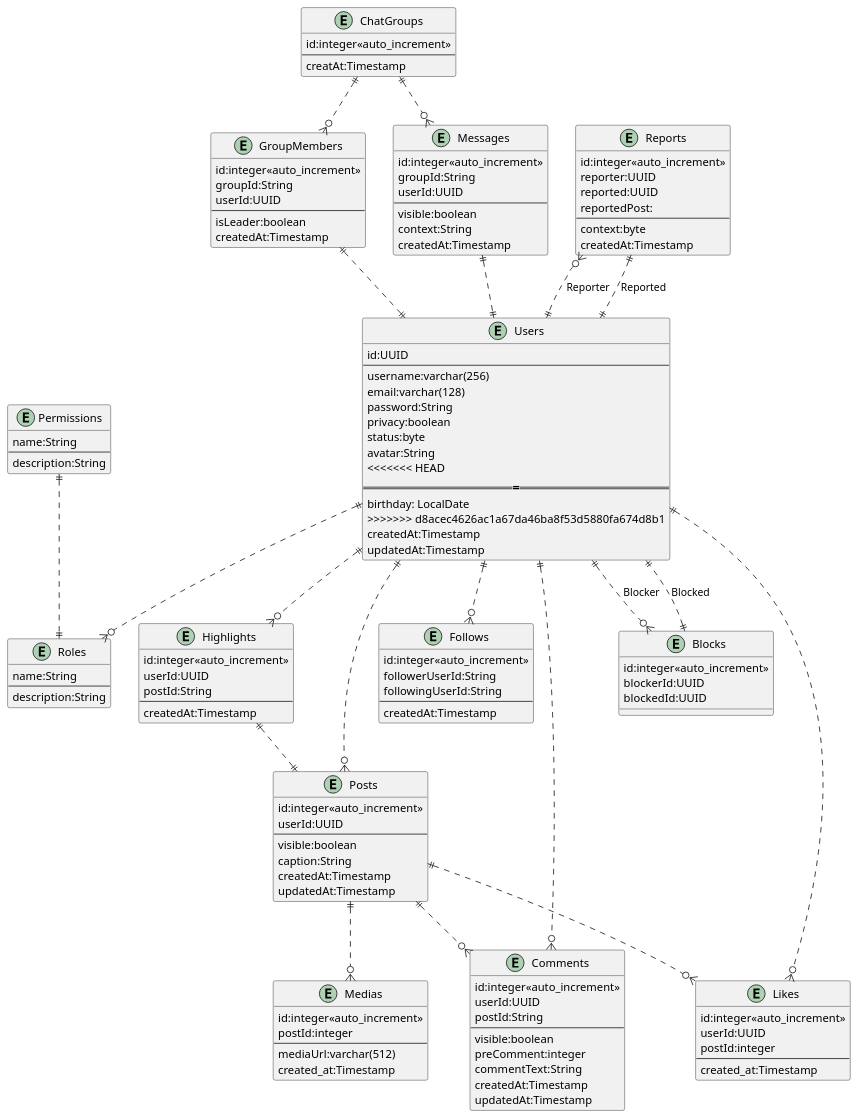
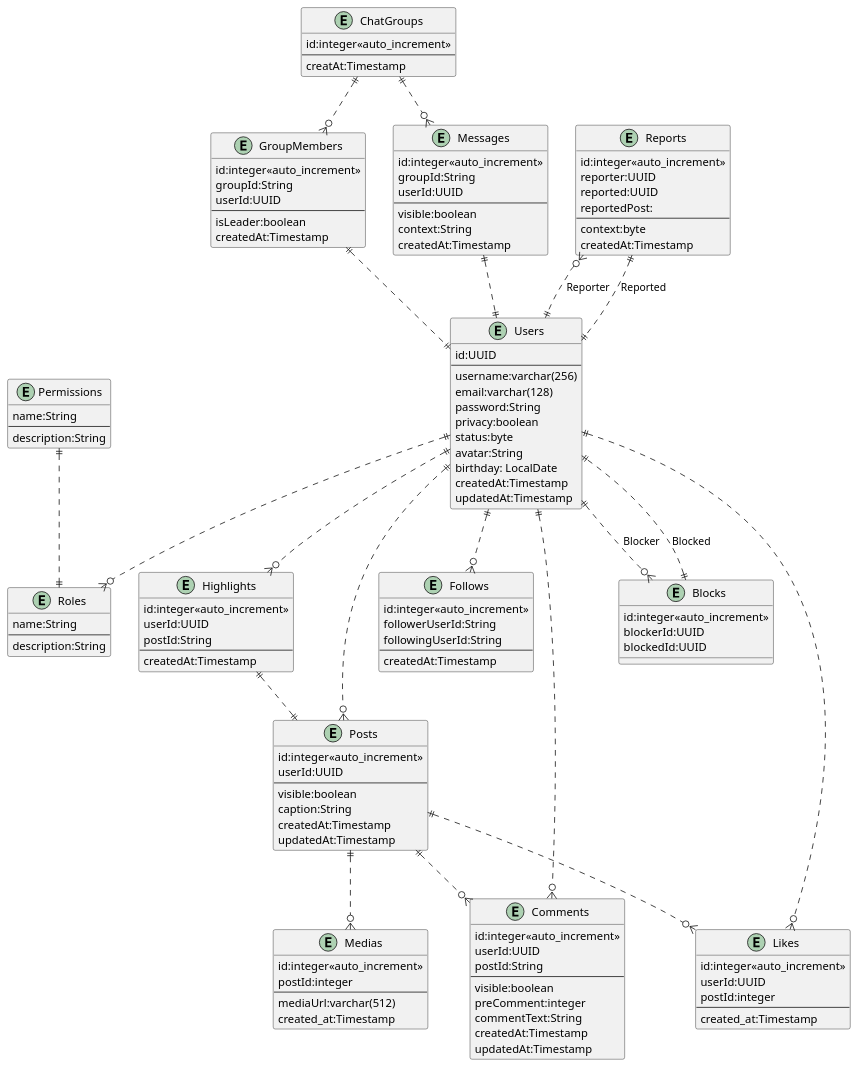
One commit to KhuongVo2105/Chat_Application changed the diagram in Prototypes/erd.plantuml. Above: the diagram before and after it, drawn with PlantUML. The commit also changed 353 other files, not shown here.

```diff
--- a/Prototypes/erd.plantuml
+++ b/Prototypes/erd.plantuml
@@ -1,149 +1,146 @@
 @startuml
 
 entity "Users" as u {
     id:UUID
     --
     username:varchar(256)
     email:varchar(128)
     password:String
     privacy:boolean  /'Public || Private'/
     status:byte     /'trang thai cua nguoi dung. Han che, thoai mai, chua xac thuc'/
     avatar:String   /'anh dai dien nguoi dung'/
-<<<<<<< HEAD
-=======
     birthday: LocalDate
->>>>>>> d8acec4626ac1a67da46ba8f53d5880fa674d8b1
     createdAt:Timestamp
     updatedAt:Timestamp
 }
 
 entity "Likes" as l {
     id:integer<<auto_increment>> 
     userId:UUID
     postId:integer
     --
     created_at:Timestamp
 }
 
 entity "Posts" as p {
     id:integer<<auto_increment>>
     userId:UUID
     --
     visible:boolean /'True:hien thi, False: an'/
     caption:String
     createdAt:Timestamp
     updatedAt:Timestamp
 }
 
 entity "Medias" as m {
     id:integer<<auto_increment>>
     postId:integer
     --
     mediaUrl:varchar(512)
     created_at:Timestamp
 }
 
 entity "Comments" as c {
     id:integer<<auto_increment>>
     userId:UUID
     postId:String
     --
     visible:boolean /'True: hien'/
     preComment:integer
     commentText:String
     createdAt:Timestamp
     updatedAt:Timestamp
 }
 
 entity "Follows" as f {    
     id:integer<<auto_increment>>
     followerUserId:String
     followingUserId:String
     --
     createdAt:Timestamp
 }
 
 entity "ChatGroups" as g{
     id:integer<<auto_increment>>
     ---
     creatAt:Timestamp
 }
 
 entity "GroupMembers" as mem{
     id:integer<<auto_increment>>
     groupId:String
     userId:UUID
     ---
     isLeader:boolean
     createdAt:Timestamp
 }
 
 entity "Messages" as me{
     id:integer<<auto_increment>>
     groupId:String
     userId:UUID
     ---
     visible:boolean
     context:String
     createdAt:Timestamp
 }
 
 entity "Roles" as ro{
     name:String
     ---
     description:String
 }
 
 entity "Permissions" as pe{
     name:String
     ---
     description:String
 }
 
 /'Tin noi bat'/
 entity "Highlights" as wl{
     id:integer<<auto_increment>>
     userId:UUID
     postId:String
     ---
     createdAt:Timestamp
 }
 
 /''/
 entity "Blocks" as bl{
     id:integer<<auto_increment>>
     blockerId:UUID
     blockedId:UUID
 }
 
 entity "Reports" as rp{
     id:integer<<auto_increment>>
     reporter:UUID /'id nguoi tao phieu report'/
     reported:UUID  /'id cua nguoi bi report'/
     reportedPost:   /'id cua bai post bi report'/
     ---
     context:byte
     createdAt:Timestamp
 }
 
 u ||..o{ p
 u ||..o{ f
 u ||..o{ l
 u ||..o{ c
 u ||..o{ ro
 u ||..o{ wl
 u ||..o{ bl : "Blocker"
 bl ||..|| u: "Blocked"
 p ||..o{ m
 p ||..o{ c
 p ||..o{ l
 g ||..o{ me
 me ||..|| u
 pe ||..|| ro
 g ||..o{ mem
 mem ||..|| u
 wl ||..|| p
 rp }o..|| u : "Reporter"
 rp ||..|| u : "Reported"
 
 @enduml
```
